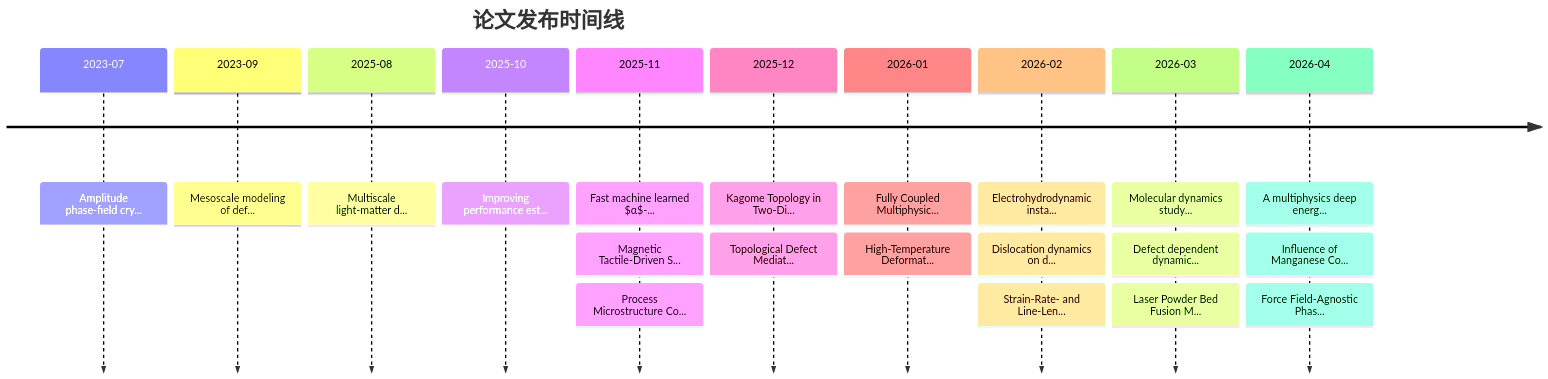
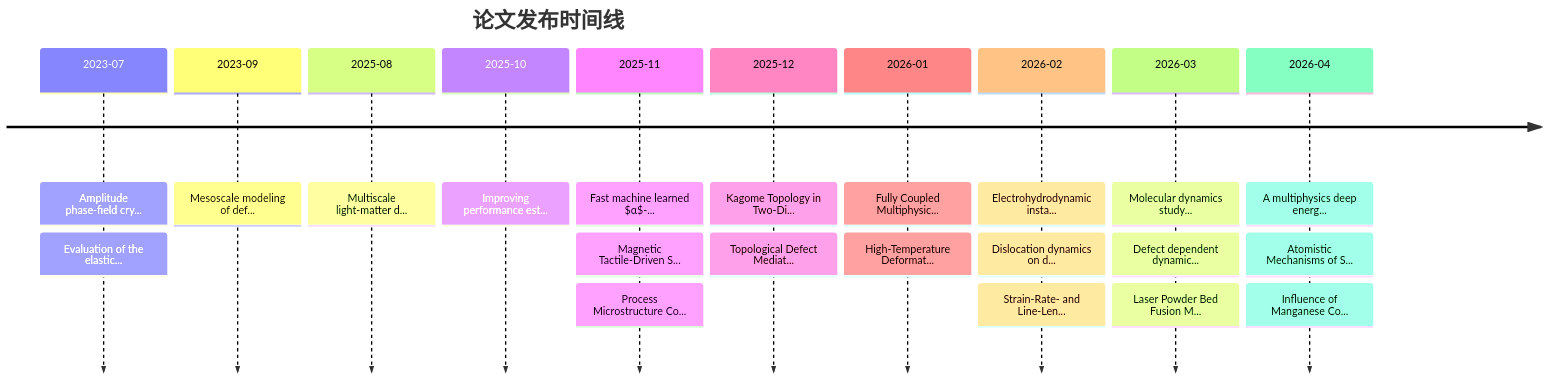
One commit to Shirakawa11111/BJK_readpaper changed the second of 2 diagrams in reports/knowledge_graph.md. Above: the diagram before and after it, drawn with Mermaid. The commit also changed other lines of this file and 16 other files, not shown here.

````diff
--- a/reports/knowledge_graph.md
+++ b/reports/knowledge_graph.md
@@ -115,14 +119,14 @@
 ```mermaid
 timeline
     title 论文发布时间线
-    2023-07 : Amplitude phase-field cry...
+    2023-07 : Amplitude phase-field cry... : Evaluation of the elastic...
     2023-09 : Mesoscale modeling of def...
     2025-08 : Multiscale light-matter d...
     2025-10 : Improving performance est...
     2025-11 : Fast machine learned $α$-... : Magnetic Tactile-Driven S... : Process Microstructure Co...
     2025-12 : Kagome Topology in Two-Di... : Topological Defect Mediat...
     2026-01 : Fully Coupled Multiphysic... : High-Temperature Deformat...
     2026-02 : Electrohydrodynamic insta... : Dislocation dynamics on d... : Strain-Rate- and Line-Len...
     2026-03 : Molecular dynamics study... : Defect dependent dynamic... : Laser Powder Bed Fusion M...
-    2026-04 : A multiphysics deep energ... : Influence of Manganese Co... : Force Field-Agnostic Phas...
+    2026-04 : A multiphysics deep energ... : Atomistic Mechanisms of S... : Influence of Manganese Co...
 ```
````
